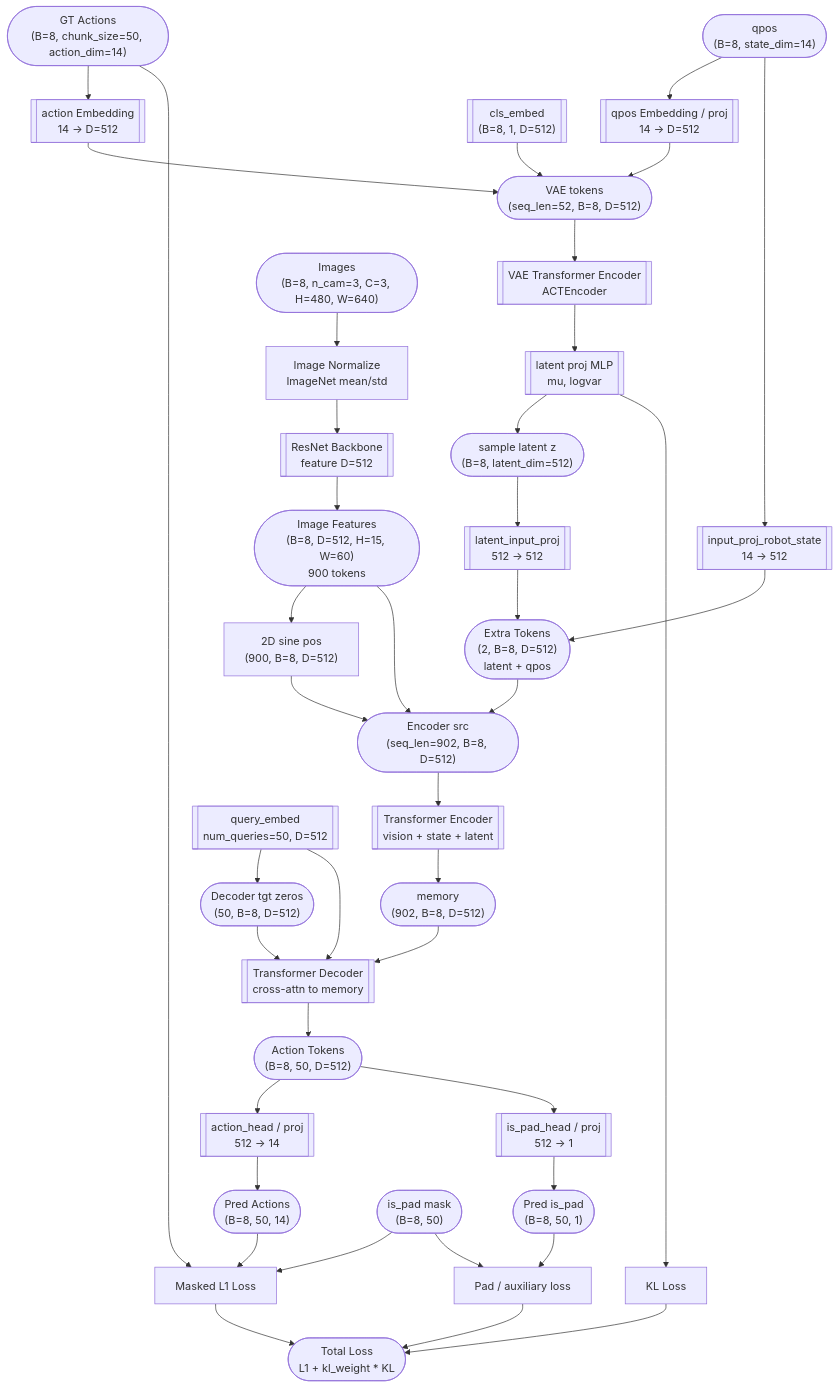
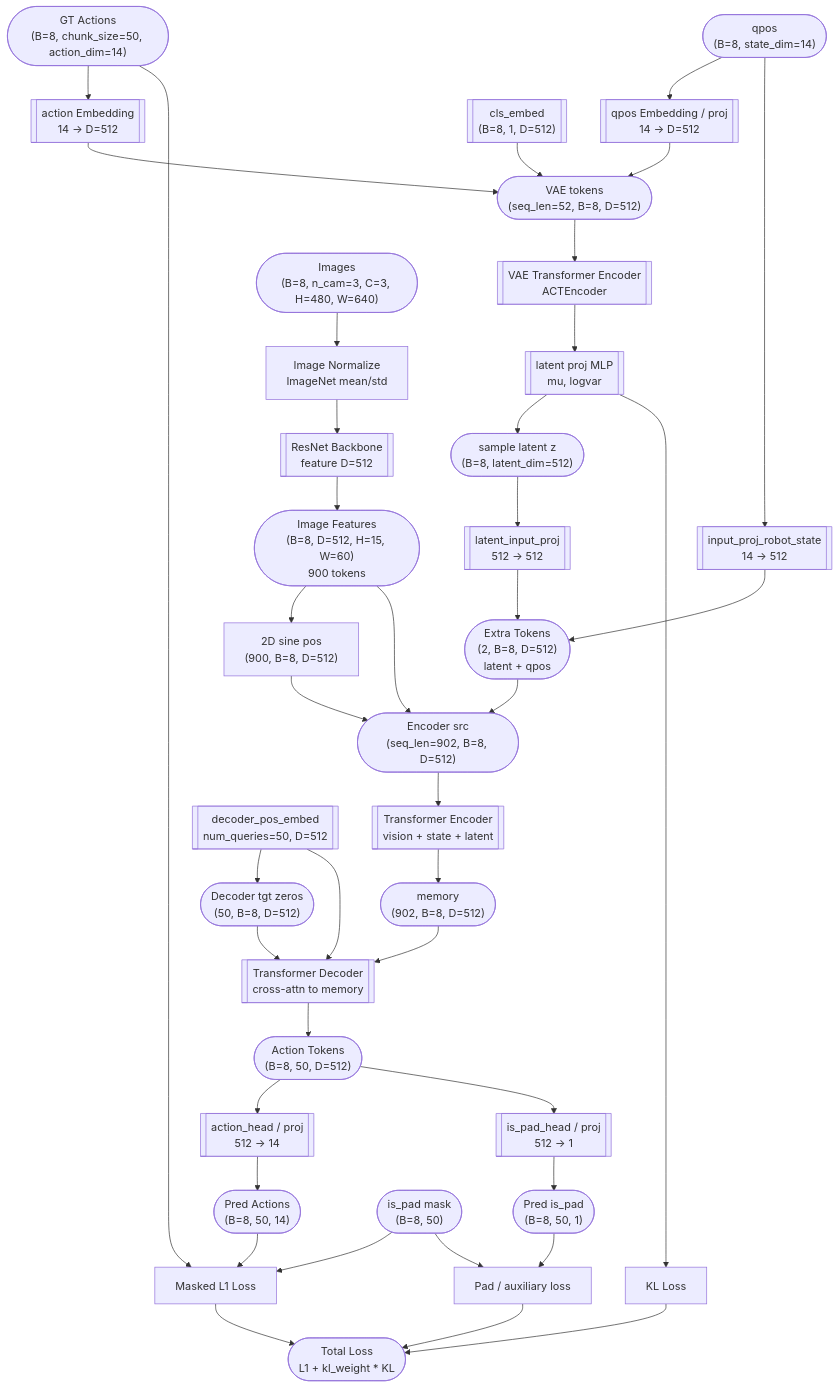
Before and after one commit to julyfun/how-to: the first of 3 diagrams in 25/01/act.md, drawn with Mermaid. The commit also changed other lines of this file, not shown here.

````diff
--- a/25/01/act.md
+++ b/25/01/act.md
@@ -63,47 +64,47 @@
 ```mermaid
 flowchart TD
     qpos(["qpos<br/>(B=8, state_dim=14)"]) --> qemb[["qpos Embedding / proj<br/>14 -> D=512"]]
     action(["GT Actions<br/>(B=8, chunk_size=50, action_dim=14)"]) --> aemb[["action Embedding<br/>14 -> D=512"]]
     cls[["cls_embed<br/>(B=8, 1, D=512)"]] --> encin(["VAE tokens<br/>(seq_len=52, B=8, D=512)"])
     qemb --> encin
     aemb --> encin
     encin --> vae[["VAE Transformer Encoder<br/>ACTEncoder"]]
     vae --> dist[["latent proj MLP<br/>mu, logvar"]]
     dist --> z(["sample latent z<br/>(B=8, latent_dim=512)"])
     dist --> kl["KL Loss"]
 
     img(["Images<br/>(B=8, n_cam=3, C=3, H=480, W=640)"]) --> norm["Image Normalize<br/>ImageNet mean/std"]
     norm --> backbone[["ResNet Backbone<br/>feature D=512"]]
     backbone --> feat(["Image Features<br/>(B=8, D=512, H=15, W=60)<br/>900 tokens"])
     feat --> pos["2D sine pos<br/>(900, B=8, D=512)"]
 
     z --> zproj[["latent_input_proj<br/>512 -> 512"]]
     qpos --> stateproj[["input_proj_robot_state<br/>14 -> 512"]]
     zproj --> addtok(["Extra Tokens<br/>(2, B=8, D=512)<br/>latent + qpos"])
     stateproj --> addtok
     feat --> src(["Encoder src<br/>(seq_len=902, B=8, D=512)"])
     addtok --> src
     pos --> src
 
     src --> venc[["Transformer Encoder<br/>vision + state + latent"]]
-    query[["query_embed<br/>num_queries=50, D=512"]] --> tgt(["Decoder tgt zeros<br/>(50, B=8, D=512)"])
+    query[["decoder_pos_embed<br/>num_queries=50, D=512"]] --> tgt(["Decoder tgt zeros<br/>(50, B=8, D=512)"])
     tgt --> dec[["Transformer Decoder<br/>cross-attn to memory"]]
     query --> dec
     venc --> mem(["memory<br/>(902, B=8, D=512)"])
     mem --> dec
     dec --> hs(["Action Tokens<br/>(B=8, 50, D=512)"])
 
     hs --> ahead[["action_head / proj<br/>512 -> 14"]]
     hs --> phead[["is_pad_head / proj<br/>512 -> 1"]]
     ahead --> ahat(["Pred Actions<br/>(B=8, 50, 14)"])
     phead --> phat(["Pred is_pad<br/>(B=8, 50, 1)"])
 
     action --> recon["Masked L1 Loss"]
     ispad(["is_pad mask<br/>(B=8, 50)"]) --> recon
     ahat --> recon
     phat --> padloss["Pad / auxiliary loss"]
     ispad --> padloss
     recon --> total(["Total Loss<br/>L1 + kl_weight * KL"])
     kl --> total
     padloss --> total
 ```
````
